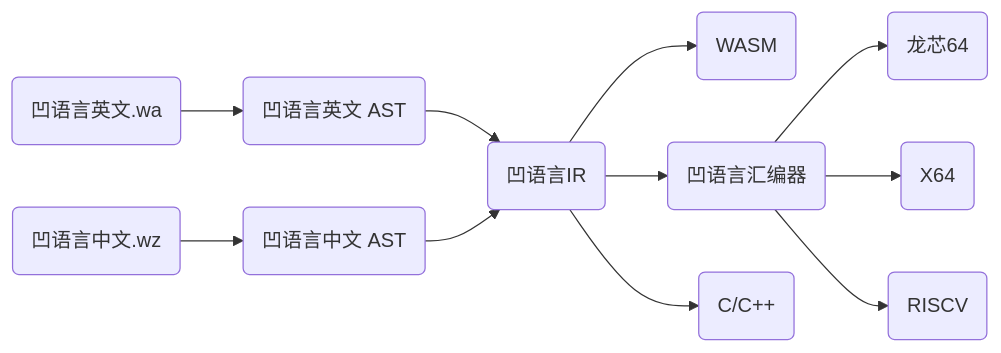
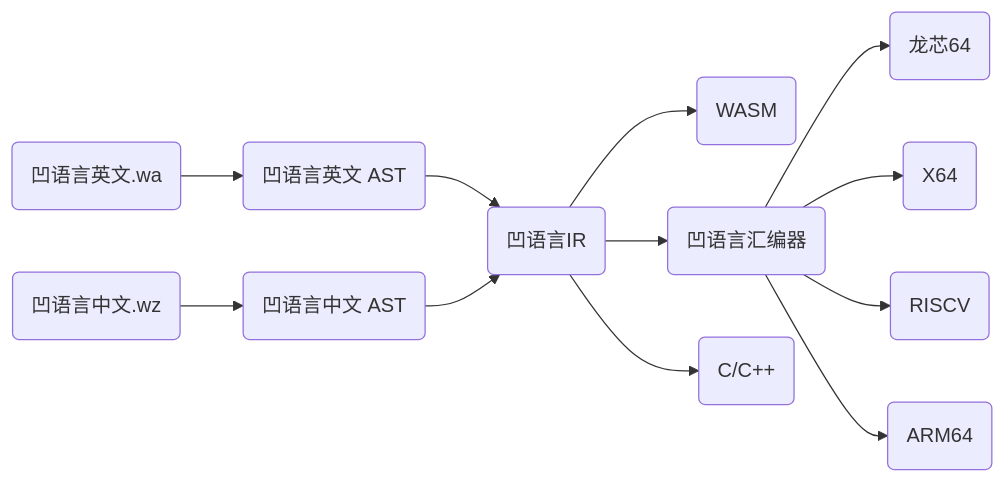
One commit to wa-lang/wa changed the diagram in README-zh.md. Above: the diagram before and after it, drawn with Mermaid. The commit also changed 24 other files, not shown here.

````diff
--- a/README-zh.md
+++ b/README-zh.md
@@ -33,32 +33,34 @@
 ```mermaid
 graph LR
     wa_ext(凹语言英文.wa);
     wz_ext(凹语言中文.wz);
 
     wa_ast(凹语言英文 AST);
     wz_ast(凹语言中文 AST);
     
     wair(凹语言IR);
 
     wasm(WASM);
     nasm(凹语言汇编器);
     c_cpp(C/C++);
 
     x64(X64);
     loong64(龙芯64);
     riscv(RISCV);
+    arm64(ARM64);
 
     wa_ext --> wa_ast;
     wz_ext --> wz_ast;
 
     wa_ast --> wair;
     wz_ast --> wair;
 
     wair --> wasm
     wair --> nasm
     wair --> c_cpp
 
     nasm --> loong64
     nasm --> x64
     nasm --> riscv
+    nasm --> arm64
 ```
````
